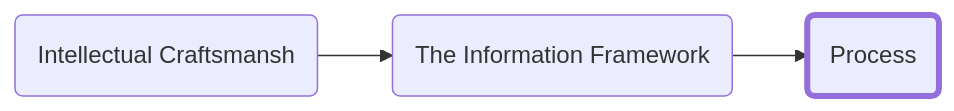
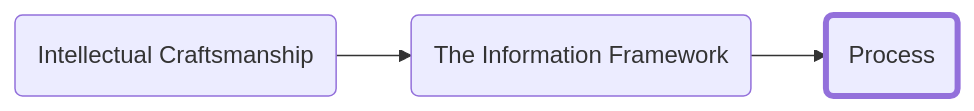
Before and after one commit to forrestpitz/forrestpitz.github.io: the first of 3 diagrams in _posts/2023-01-05-process.md, drawn with Mermaid. The commit also changed other lines of this file and 21 other files, not shown here.

````diff
--- a/_posts/2023-01-05-process.md
+++ b/_posts/2023-01-05-process.md
@@ -11,9 +11,9 @@
 ```mermaid
 graph LR;
-  A(Intellectual Craftsmansh)-->B(The Information Framework)-->C(Process)
+  A(Intellectual Craftsmanship)-->B(The Information Framework)-->C(Process)
 
   style C stroke-width:4px
 
   click A "{% post_url 2023-01-05-intro %}"
   click B "{% post_url 2023-01-05-info-framework %}"
 ```
````
